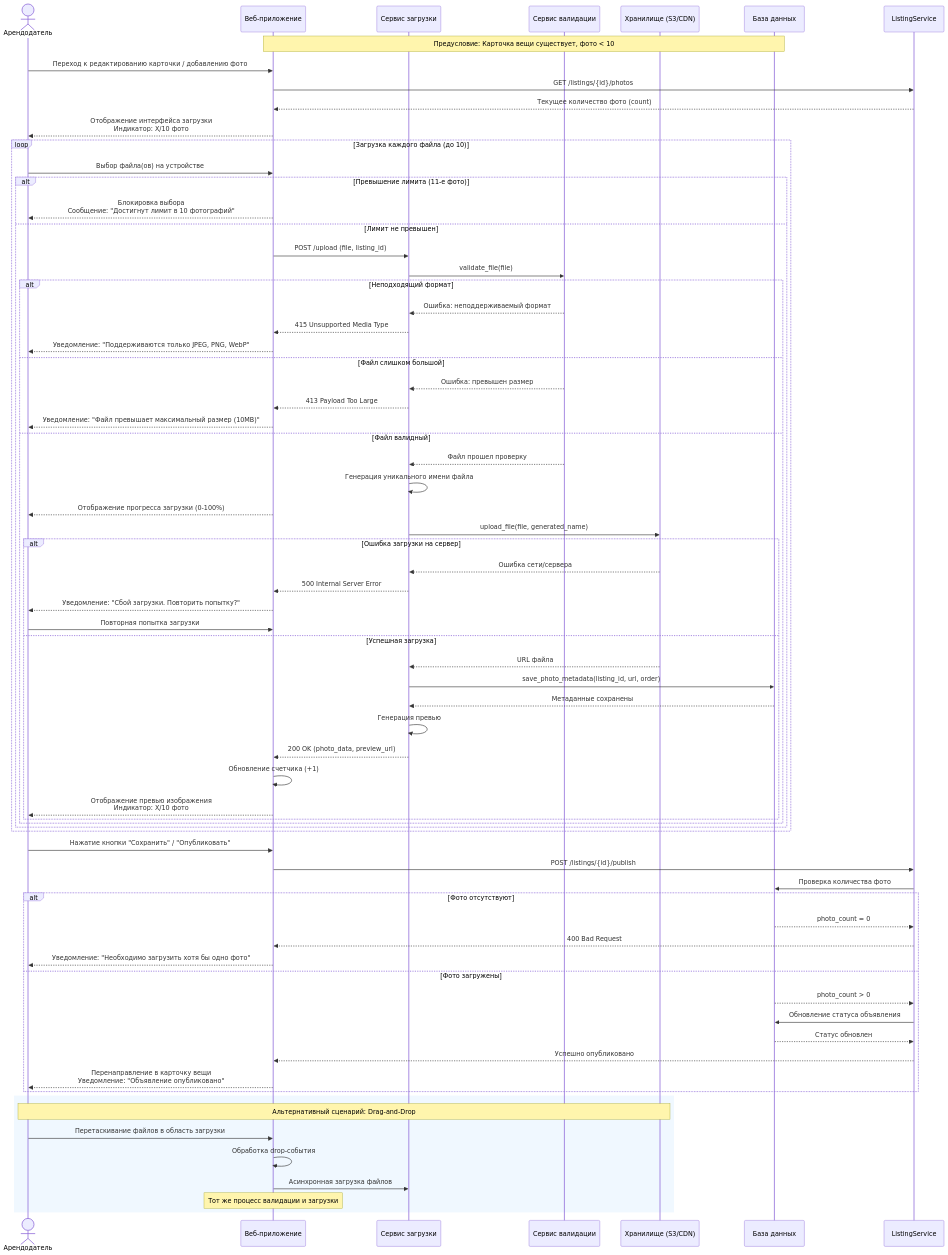
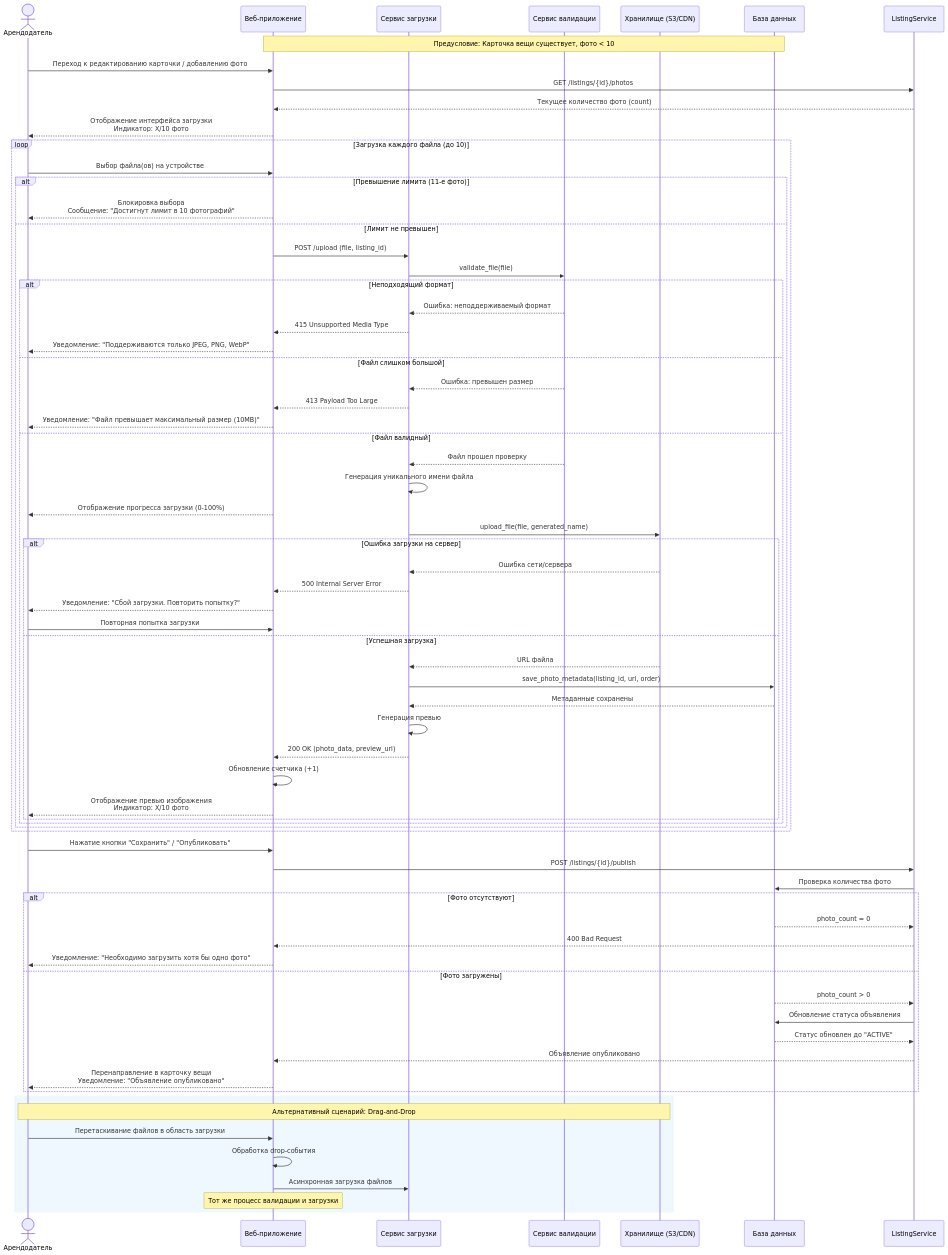
One commit to Rento-devteam/Rento changed the diagram in docs/sequence/UC-07.md. Above: the diagram before and after it, drawn with Mermaid. The commit also changed other lines of this file and 30 other files, not shown here.

```diff
--- a/docs/sequence/UC-07.md
+++ b/docs/sequence/UC-07.md
@@ -74,8 +76,8 @@
     else Фото загружены
         Database-->>ListingService: photo_count > 0
         ListingService->>Database: Обновление статуса объявления
-        Database-->>ListingService: Статус обновлен
-        ListingService-->>WebApp: Успешно опубликовано
+        Database-->>ListingService: Статус обновлен до "ACTIVE"
+        ListingService-->>WebApp: Объявление опубликовано
         WebApp-->>User: Перенаправление в карточку вещи<br/>Уведомление: "Объявление опубликовано"
     end
     
```
